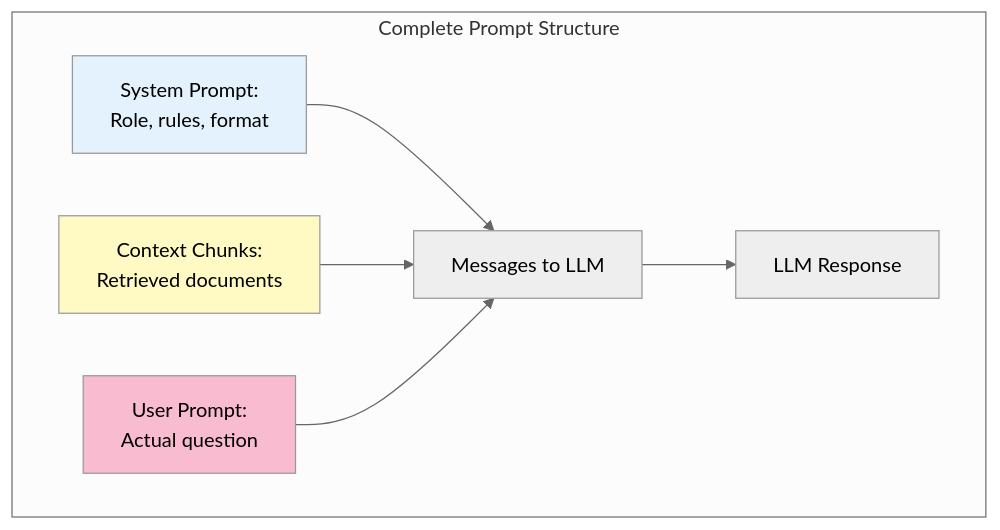
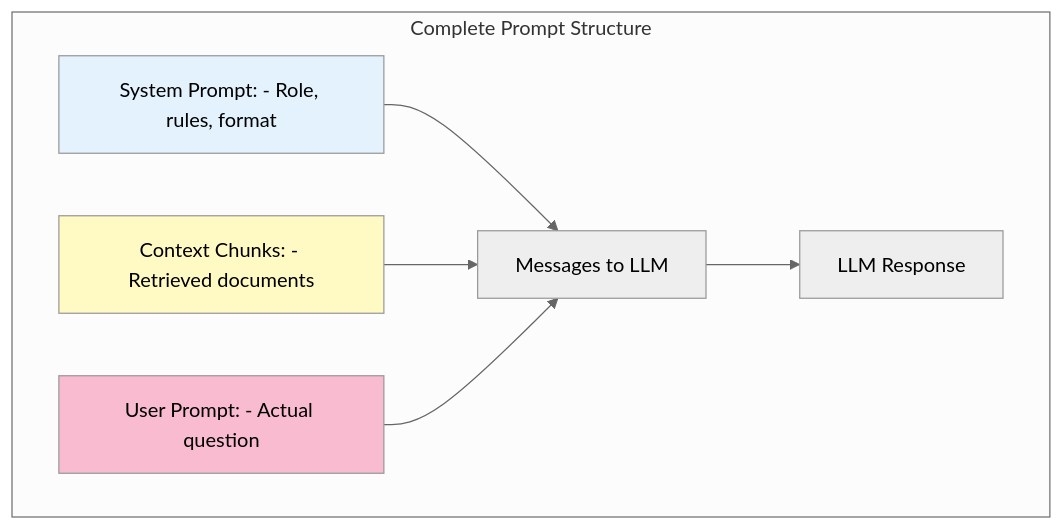
One commit to indhra/llm_rag_sec_findings changed the second of 6 diagrams in docs/learning/06-prompt-engineering.md. Above: the diagram before and after it, drawn with Mermaid (neutral theme). The commit also changed other lines of this file and 9 other files, not shown here.

````diff
--- a/docs/learning/06-prompt-engineering.md
+++ b/docs/learning/06-prompt-engineering.md
@@ -56,17 +56,17 @@
 ```mermaid
 graph TB
     subgraph "Complete Prompt Structure"
-        S[System Prompt:<br/>Role, rules, format]
-        C[Context Chunks:<br/>Retrieved documents]
-        U[User Prompt:<br/>Actual question]
+        S[System Prompt: - Role, rules, format]
+        C[Context Chunks: - Retrieved documents]
+        U[User Prompt: - Actual question]
         
         S --> M[Messages to LLM]
         C --> M
         U --> M
         M --> R[LLM Response]
     end
     
     style S fill:#e3f2fd
     style C fill:#fff9c4
     style U fill:#f8bbd0
 ```
````
